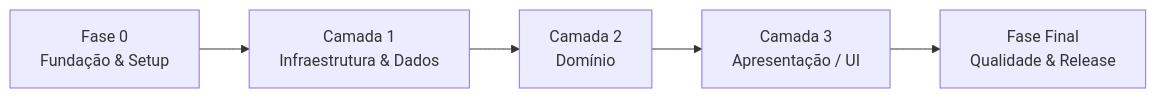
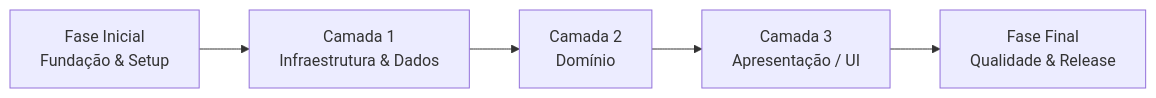
Before and after one commit to paulosabra/pokedex: the first of 4 diagrams in docs/project/04-backlog.md, drawn with Mermaid. The commit also changed other lines of this file and 2 other files, not shown here.

````diff
--- a/docs/project/04-backlog.md
+++ b/docs/project/04-backlog.md
@@ -28,7 +28,7 @@
 ```mermaid
 flowchart LR
-    F["Fase 0<br/>Fundação & Setup"] --> D["Camada 1<br/>Infraestrutura & Dados"]
+    F["Fase Inicial<br/>Fundação & Setup"] --> D["Camada 1<br/>Infraestrutura & Dados"]
     D --> DOM["Camada 2<br/>Domínio"]
     DOM --> UI["Camada 3<br/>Apresentação / UI"]
     UI --> REL["Fase Final<br/>Qualidade & Release"]
 ```
````
